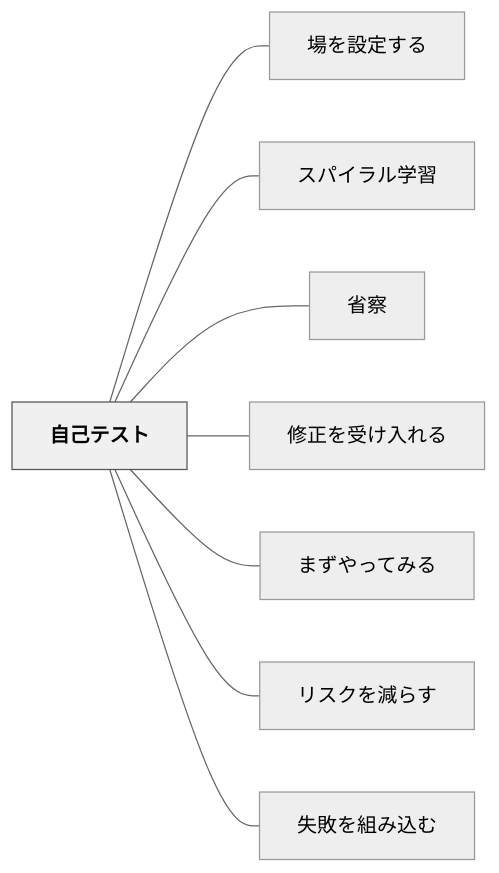
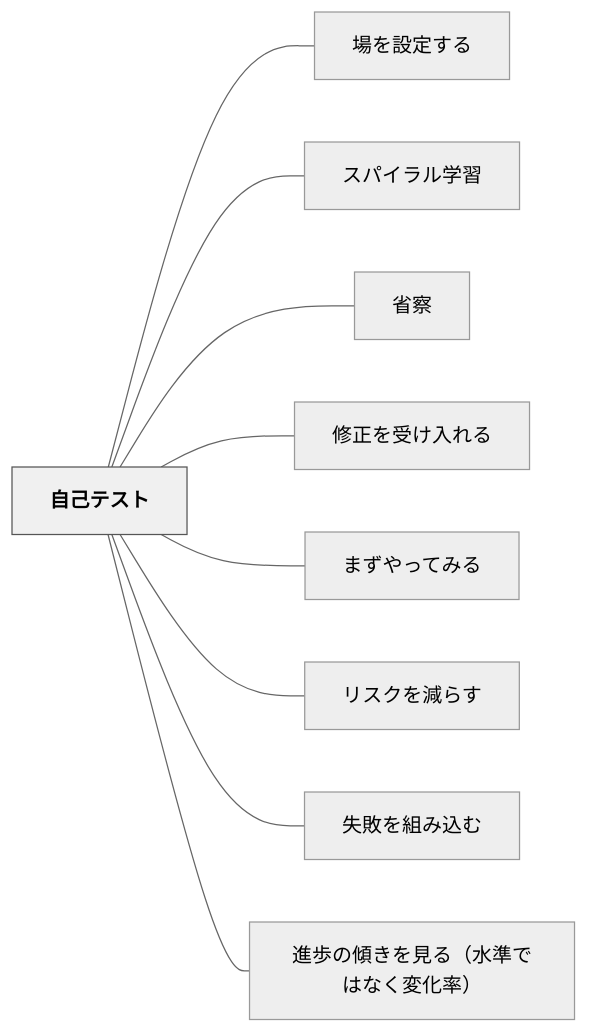
One commit to unknownthings-ed-patterns/unknownthings-ed-patterns changed the diagram in content/パタン/自己テスト.md. Above: the diagram before and after it, drawn with Mermaid (neutral theme). The commit also changed other lines of this file and 26 other files, not shown here.

````diff
--- a/content/パタン/自己テスト.md
+++ b/content/パタン/自己テスト.md
@@ -92,22 +93,24 @@
 ```mermaid
 flowchart LR
     ne887aae5b7b1e38386e382b9e38388["自己テスト"]
     ne5a0b4e38292e8a8ade5ae9ae38199e3828b["場を設定する"]
     ne382b9e38391e382a4e383a9e383abe5ada6e7bf92["スパイラル学習"]
     ne79c81e5af9f["省察"]
     ne4bfaee6ada3e38292e58f97e38191e585a5e3828ce3828b["修正を受け入れる"]
     ne381bee3819ae38284e381a3e381a6e381bfe3828b["まずやってみる"]
     ne383aae382b9e382afe38292e6b89be38289e38199["リスクを減らす"]
     ne5a4b1e69597e38292e7b584e381bfe8bebce38280["失敗を組み込む"]
+    ne980b2e6ada9e381aee582bee3818de38292e8a68be3828befbc88e6b0b4e6ba96e381a7e381afe381aae3818fe5a489e58c96e78e87efbc89["進歩の傾きを見る（水準ではなく変化率）"]
 
     ne887aae5b7b1e38386e382b9e38388 --- ne5a0b4e38292e8a8ade5ae9ae38199e3828b
     ne887aae5b7b1e38386e382b9e38388 --- ne382b9e38391e382a4e383a9e383abe5ada6e7bf92
     ne887aae5b7b1e38386e382b9e38388 --- ne79c81e5af9f
     ne887aae5b7b1e38386e382b9e38388 --- ne4bfaee6ada3e38292e58f97e38191e585a5e3828ce3828b
     ne887aae5b7b1e38386e382b9e38388 --- ne381bee3819ae38284e381a3e381a6e381bfe3828b
     ne887aae5b7b1e38386e382b9e38388 --- ne383aae382b9e382afe38292e6b89be38289e38199
     ne887aae5b7b1e38386e382b9e38388 --- ne5a4b1e69597e38292e7b584e381bfe8bebce38280
+    ne887aae5b7b1e38386e382b9e38388 --- ne980b2e6ada9e381aee582bee3818de38292e8a68be3828befbc88e6b0b4e6ba96e381a7e381afe381aae3818fe5a489e58c96e78e87efbc89
 
     classDef hub fill:#f0f0f0,stroke:#555,color:#000,font-weight:bold
     class ne887aae5b7b1e38386e382b9e38388 hub
 ```
````
